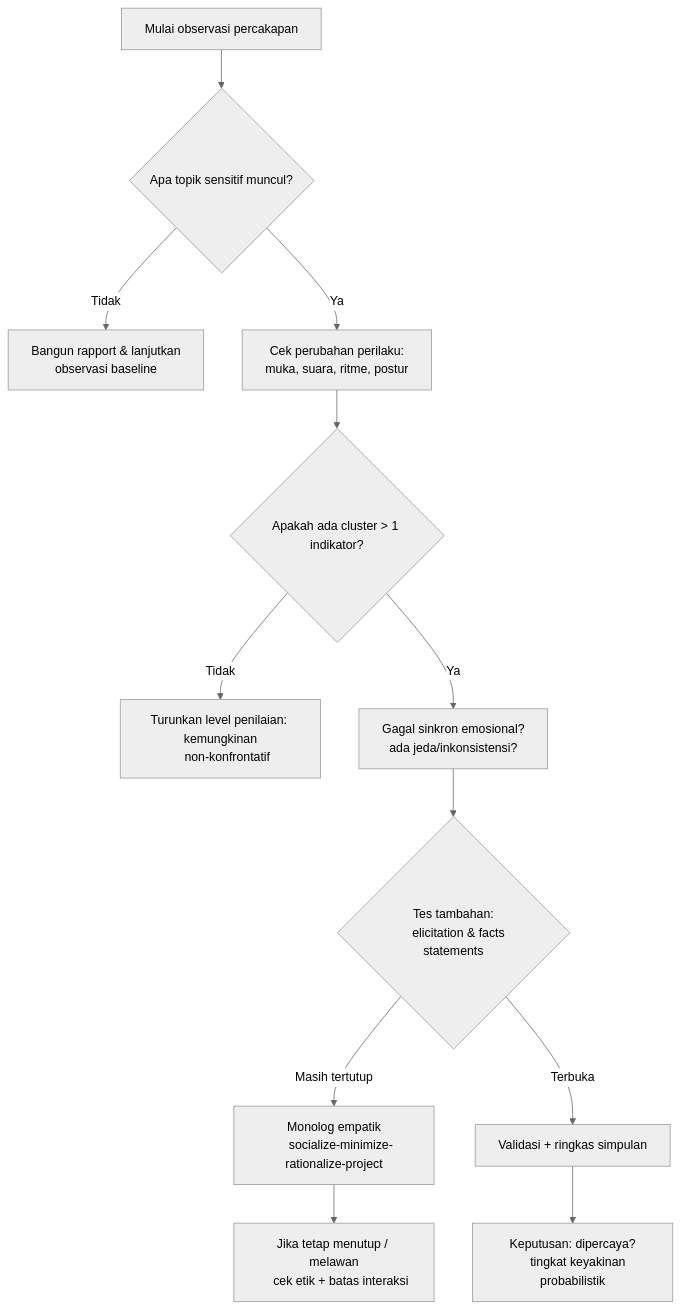
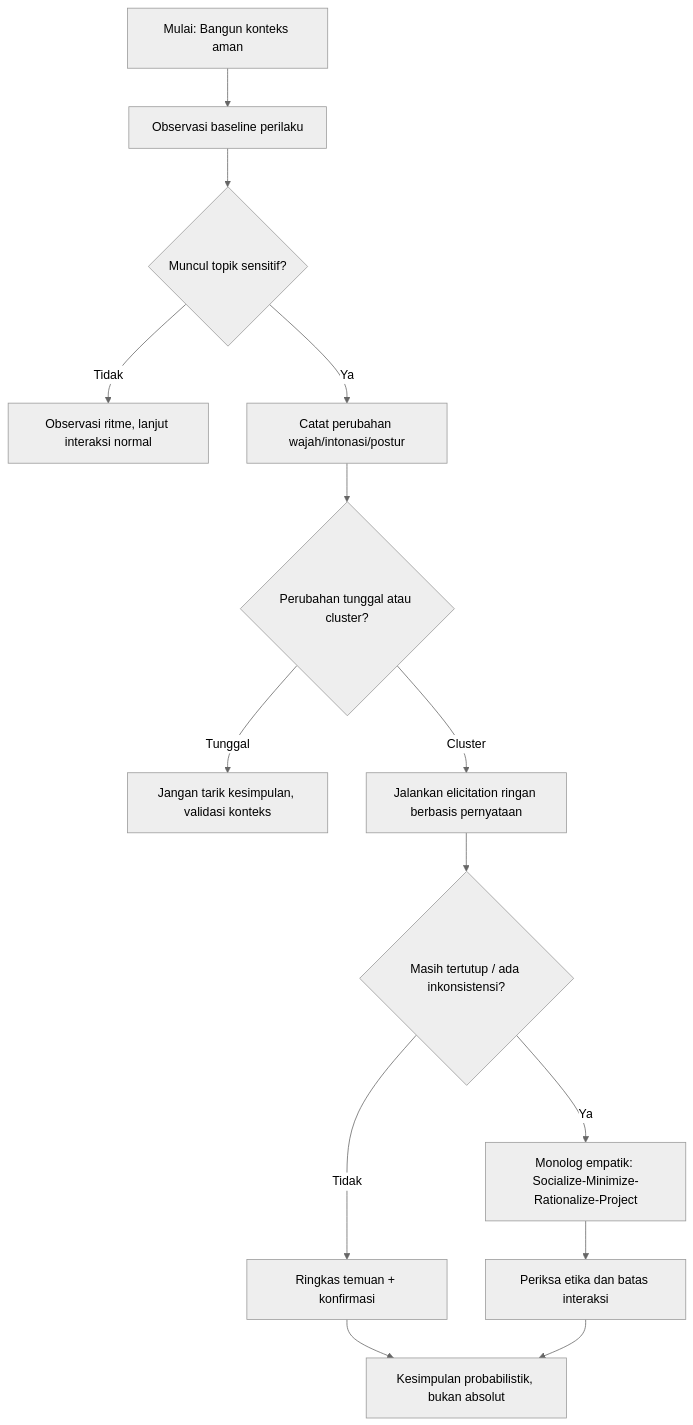
The first of 2 diagrams in src/content/articles/chase-hughes-master-baca-jiwa-menilai-kejujuran-dan-pengaruh-dalam-komunikasi.mdx (dwirx/BangunAI-Blog), drawn with Mermaid (neutral theme) before and after one commit. The commit also changed other lines of this file, not shown here.

````diff
--- a/src/content/articles/chase-hughes-master-baca-jiwa-menilai-kejujuran-dan-pengaruh-dalam-komunikasi.mdx
+++ b/src/content/articles/chase-hughes-master-baca-jiwa-menilai-kejujuran-dan-pengaruh-dalam-komunikasi.mdx
@@ -312,22 +321,16 @@
 ```mermaid
-graph TD
-    A[Mulai observasi percakapan] --> B{Apa topik sensitif muncul?}
-    B -->|Tidak| C[Bangun rapport & lanjutkan
-    observasi baseline]
-    B -->|Ya| D[Cek perubahan perilaku:
-    muka, suara, ritme, postur]
-    D --> E{Apakah ada cluster > 1 indikator?}
-    E -->|Tidak| F[Turunkan level penilaian: kemungkinan
-    non-konfrontatif]
-    E -->|Ya| G[Gagal sinkron emosional?
-    ada jeda/inkonsistensi?]
-    G --> H{Tes tambahan:
-    elicitation & facts statements}
-    H -->|Masih tertutup| I[Monolog empatik
-    socialize-minimize-rationalize-project]
-    H -->|Terbuka| J[Validasi + ringkas simpulan]
-    I --> K[Jika tetap menutup / melawan
-    cek etik + batas interaksi]
-    J --> L[Keputusan: dipercaya?
-    tingkat keyakinan probabilistik]
+flowchart TD
+    A[Mulai: Bangun konteks aman] --> B[Observasi baseline perilaku]
+    B --> C{Muncul topik sensitif?}
+    C -->|Tidak| D[Observasi ritme, lanjut interaksi normal]
+    C -->|Ya| E[Catat perubahan wajah/intonasi/postur]
+    E --> F{Perubahan tunggal atau cluster?}
+    F -->|Tunggal| G[Jangan tarik kesimpulan, validasi konteks]
+    F -->|Cluster| H[Jalankan elicitation ringan berbasis pernyataan]
+    H --> I{Masih tertutup / ada inkonsistensi?}
+    I -->|Ya| J[Monolog empatik: Socialize-Minimize-Rationalize-Project]
+    I -->|Tidak| K[Ringkas temuan + konfirmasi]
+    J --> L[Periksa etika dan batas interaksi]
+    K --> M[Kesimpulan probabilistik, bukan absolut]
+    L --> M
 ```
````
